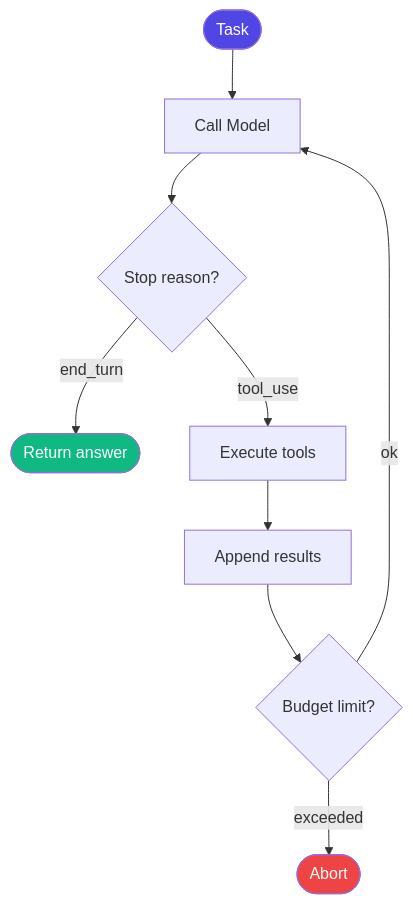
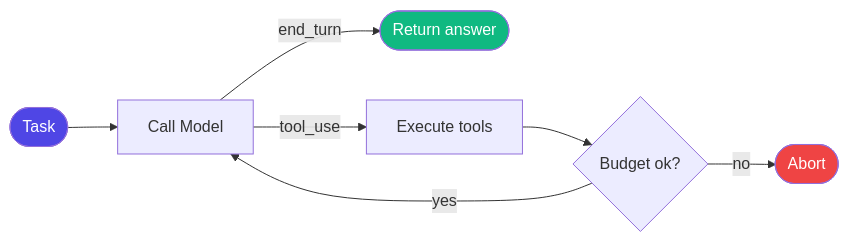
One commit to thepandanlabs/applied-ai-from-scratch changed the first of 8 diagrams in slides/phase-04-agents.md. Above: the diagram before and after it, drawn with Mermaid. The commit also changed other lines of this file and 1 other file, not shown here.

First line of the commit message:
fix(slides): mermaid overflow and table border uniformity

```diff
--- a/slides/phase-04-agents.md
+++ b/slides/phase-04-agents.md
@@ -88,14 +88,12 @@
 <div class="mermaid">
-flowchart TD
+flowchart LR
     A([Task]) --> B[Call Model]
-    B --> C{Stop reason?}
-    C -->|end_turn| D([Return answer])
-    C -->|tool_use| E[Execute tools]
-    E --> F[Append results]
-    F --> G{Budget limit?}
-    G -->|exceeded| H([Abort])
-    G -->|ok| B
+    B -->|end_turn| C([Return answer])
+    B -->|tool_use| D[Execute tools]
+    D --> E{Budget ok?}
+    E -->|yes| B
+    E -->|no| F([Abort])
     style A fill:#4f46e5,color:#fff
-    style D fill:#10b981,color:#fff
-    style H fill:#ef4444,color:#fff
+    style C fill:#10b981,color:#fff
+    style F fill:#ef4444,color:#fff
 </div>
```
